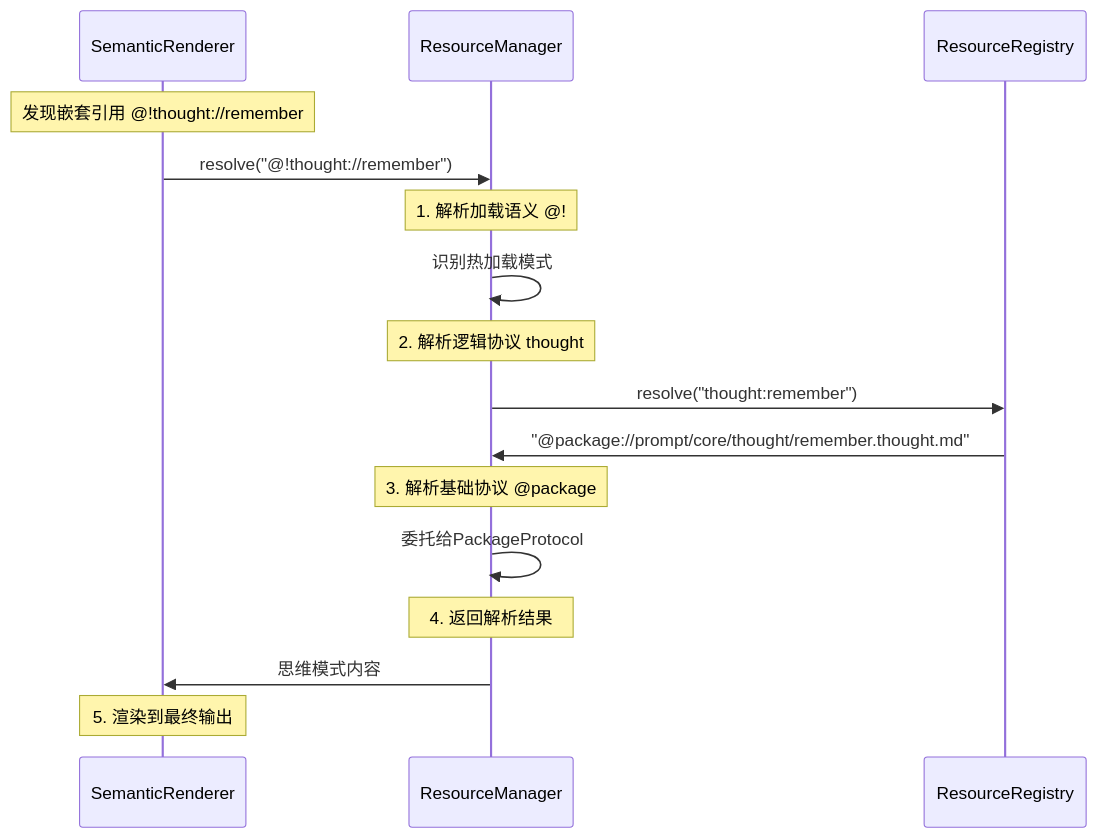
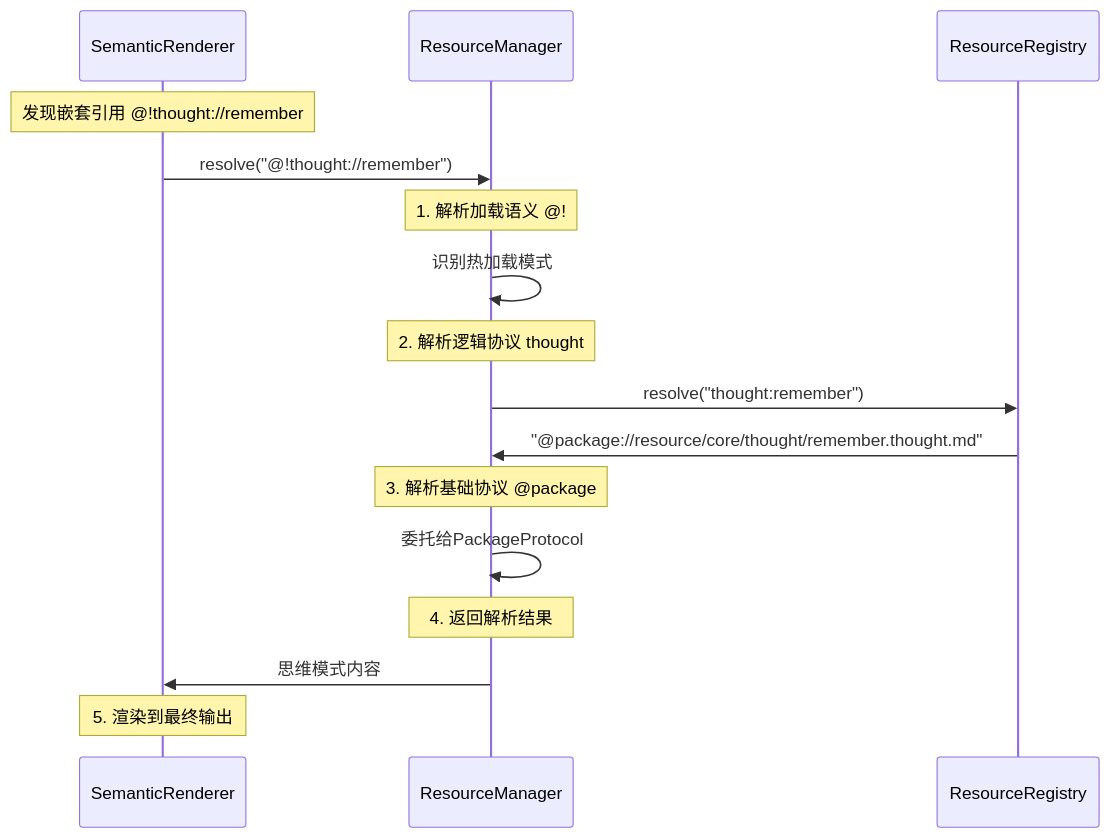
The eighth of 14 diagrams in docs/resource-referrence-architech.md (yuyuan-cs/PromptX), drawn with Mermaid before and after one commit. The commit also changed other lines of this file and 199 other files, not shown here.

````diff
--- a/docs/resource-referrence-architech.md
+++ b/docs/resource-referrence-architech.md
@@ -245,25 +245,25 @@
 ```mermaid
 sequenceDiagram
     participant SR as SemanticRenderer
     participant RM as ResourceManager
     participant RR as ResourceRegistry
 
     Note over SR: 发现嵌套引用 @!thought://remember
 
     SR->>RM: resolve("@!thought://remember")
 
     Note over RM: 1. 解析加载语义 @!
     RM->>RM: 识别热加载模式
 
     Note over RM: 2. 解析逻辑协议 thought
     RM->>RR: resolve("thought:remember")
-    RR->>RM: "@package://prompt/core/thought/remember.thought.md"
+    RR->>RM: "@package://resource/core/thought/remember.thought.md"
 
     Note over RM: 3. 解析基础协议 @package
     RM->>RM: 委托给PackageProtocol
 
     Note over RM: 4. 返回解析结果
     RM->>SR: 思维模式内容
 
     Note over SR: 5. 渲染到最终输出
 ```
````
